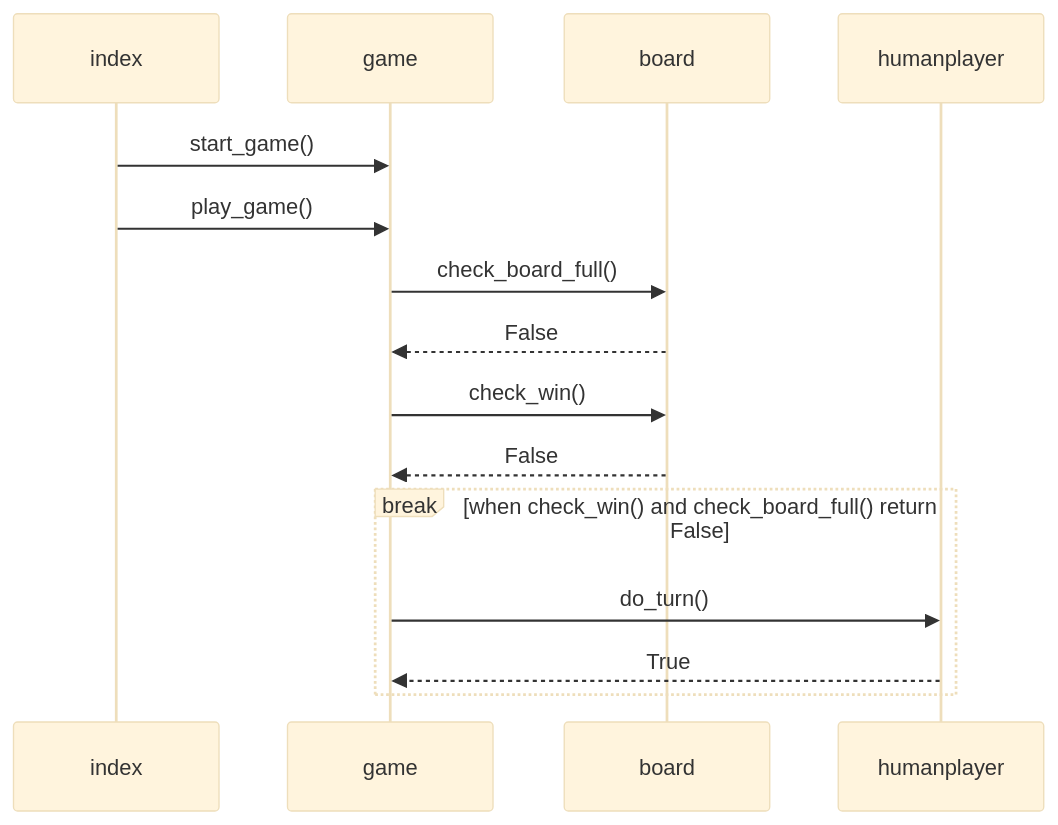
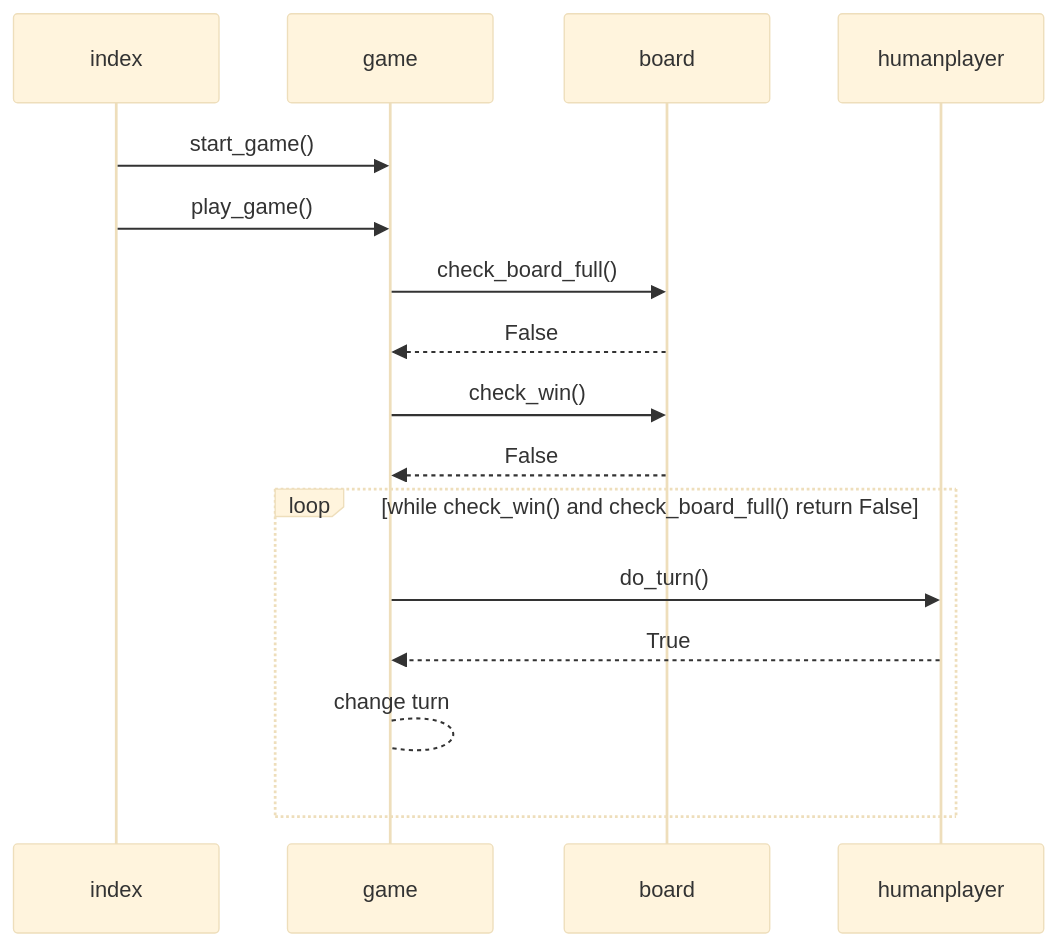
One commit to lauurap/ot-harjoitustyo changed the second of 2 diagrams in dokumentaatio/arkkitehtuuri.md. Above: the diagram before and after it, drawn with Mermaid (base theme).

Commit message:
sekvenssikaavio

````diff
--- a/dokumentaatio/arkkitehtuuri.md
+++ b/dokumentaatio/arkkitehtuuri.md
@@ -49,13 +49,14 @@
 ```mermaid
  sequenceDiagram
       index ->> game : start_game()
       index ->> game : play_game()
       game ->> board : check_board_full()
       board -->> game : False
       game ->> board : check_win()
       board -->> game : False
-      break when check_win() and check_board_full() return False
+      loop while check_win() and check_board_full() return False
           game ->> humanplayer : do_turn()
           humanplayer -->> game : True
+          game --> game : change turn
       end
 ```
````
